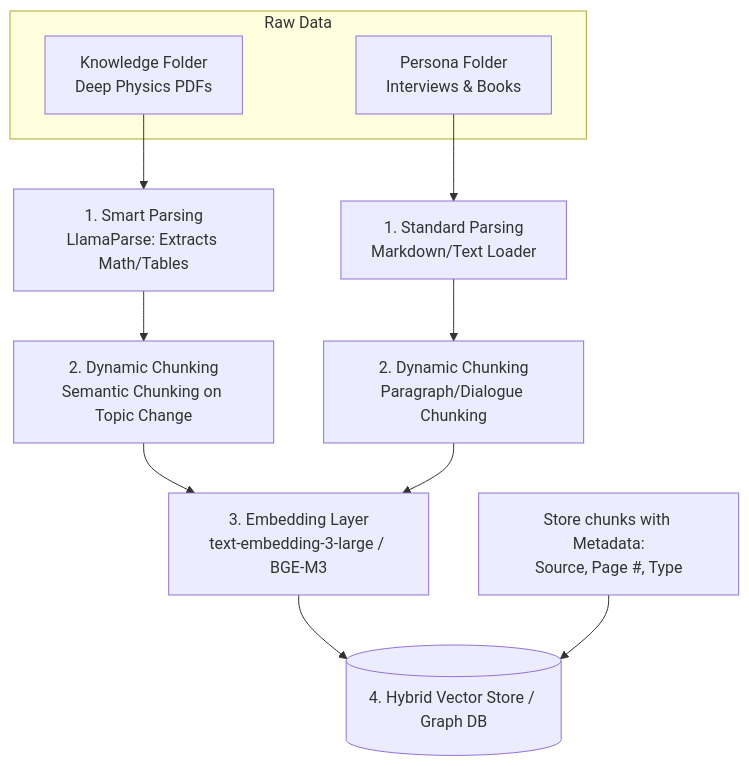
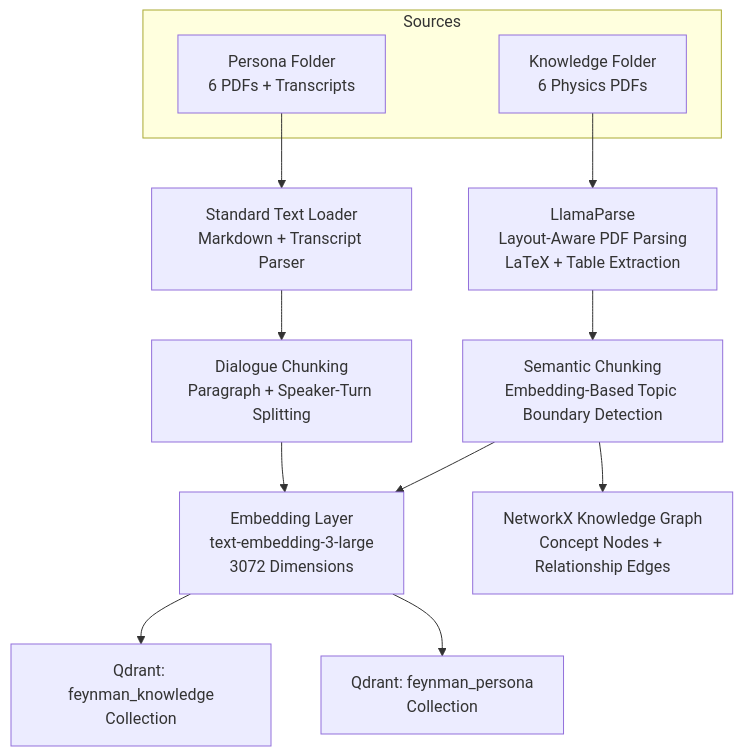
The second of 2 diagrams in README.md (RajatRawal-06/Digital_Twin_Rag), drawn with Mermaid before and after one commit. The commit also changed other lines of this file, not shown here.

Commit message:
docs: rewrite README with professional architecture diagrams and academic documentation

````diff
--- a/README.md
+++ b/README.md
@@ -77,19 +109,20 @@
 ```mermaid
-flowchart TD
-    subgraph Raw Data
-        R1[Knowledge Folder\nDeep Physics PDFs]
-        R2[Persona Folder\nInterviews & Books]
+flowchart TB
+    subgraph Sources
+        K["Knowledge Folder\n6 Physics PDFs"]
+        P["Persona Folder\n6 PDFs + Transcripts"]
     end
-    
-    R1 --> P1[1. Smart Parsing\nLlamaParse: Extracts Math/Tables]
-    R2 --> P2[1. Standard Parsing\nMarkdown/Text Loader]
-    
-    P1 --> C1[2. Dynamic Chunking\nSemantic Chunking on Topic Change]
-    P2 --> C2[2. Dynamic Chunking\nParagraph/Dialogue Chunking]
-    
-    C1 & C2 --> E[3. Embedding Layer\ntext-embedding-3-large / BGE-M3]
-    
-    E --> DB[(4. Hybrid Vector Store / Graph DB)]
-    
-    note[Store chunks with Metadata:\nSource, Page #, Type] --> DB
+
+    K --> KP["LlamaParse\nLayout-Aware PDF Parsing\nLaTeX + Table Extraction"]
+    P --> PP["Standard Text Loader\nMarkdown + Transcript Parser"]
+
+    KP --> KC["Semantic Chunking\nEmbedding-Based Topic Boundary Detection"]
+    PP --> PC["Dialogue Chunking\nParagraph + Speaker-Turn Splitting"]
+
+    KC --> EMB["Embedding Layer\ntext-embedding-3-large\n3072 Dimensions"]
+    PC --> EMB
+
+    EMB --> QK["Qdrant: feynman_knowledge\nCollection"]
+    EMB --> QP["Qdrant: feynman_persona\nCollection"]
+    KC --> KG["NetworkX Knowledge Graph\nConcept Nodes + Relationship Edges"]
 ```
````
